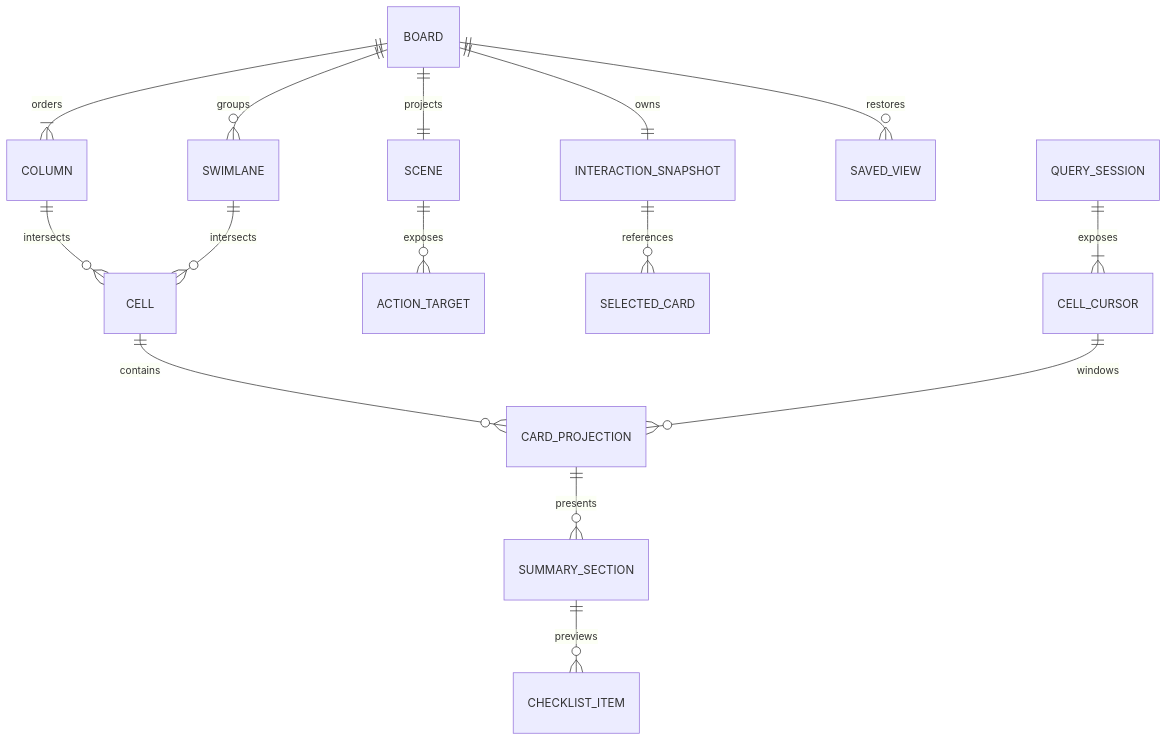
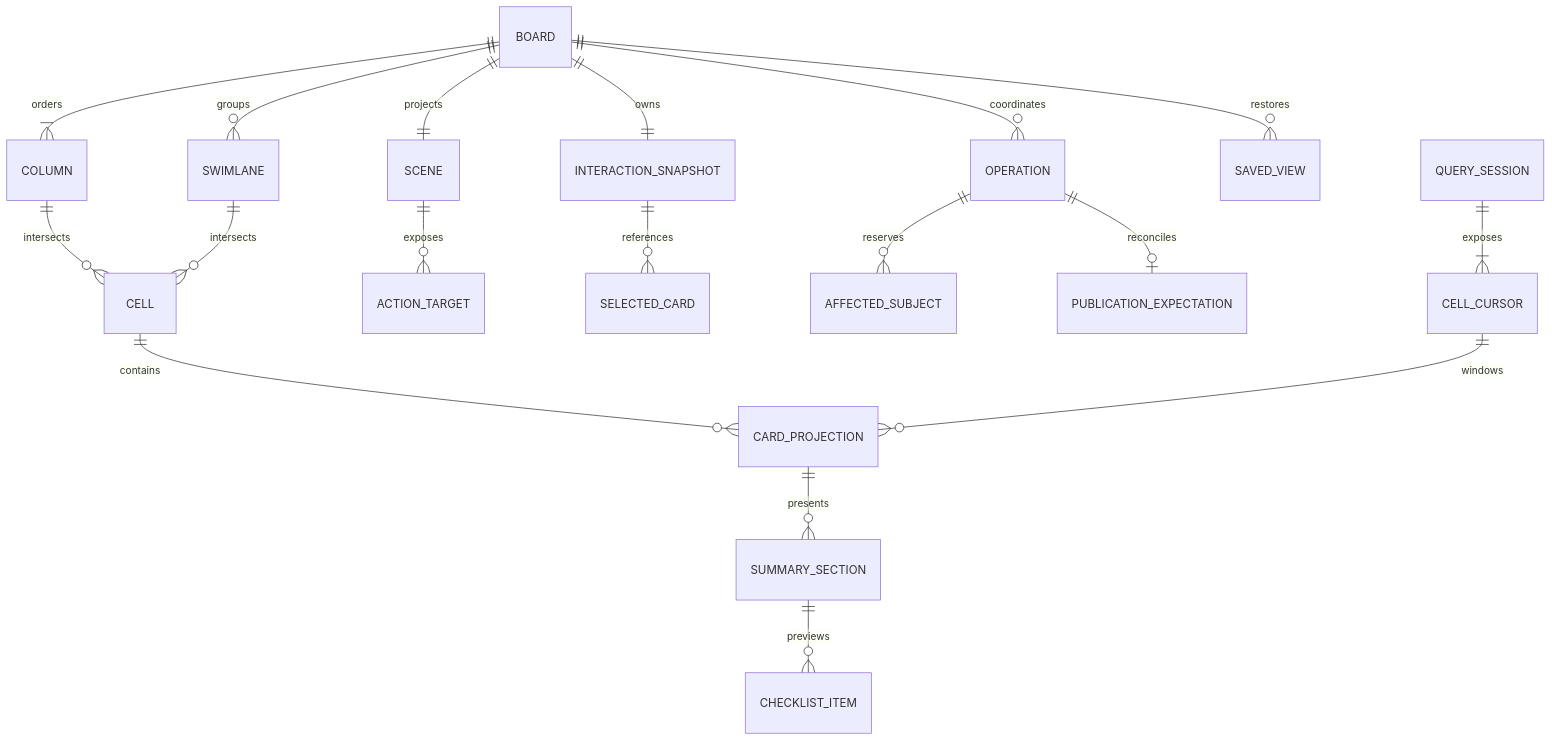
The diagram in docs/architecture/data-model.md (blendsdk/jsvision), drawn with Mermaid before and after one commit. The commit also changed other lines of this file and 82 other files, not shown here.

````diff
--- a/docs/architecture/data-model.md
+++ b/docs/architecture/data-model.md
@@ -8,17 +8,20 @@
 ```mermaid
 erDiagram
     BOARD ||--|{ COLUMN : orders
     BOARD ||--o{ SWIMLANE : groups
     COLUMN ||--o{ CELL : intersects
     SWIMLANE ||--o{ CELL : intersects
     CELL ||--o{ CARD_PROJECTION : contains
     CARD_PROJECTION ||--o{ SUMMARY_SECTION : presents
     SUMMARY_SECTION ||--o{ CHECKLIST_ITEM : previews
     BOARD ||--|| SCENE : projects
     SCENE ||--o{ ACTION_TARGET : exposes
     BOARD ||--|| INTERACTION_SNAPSHOT : owns
     INTERACTION_SNAPSHOT ||--o{ SELECTED_CARD : references
+    BOARD ||--o{ OPERATION : coordinates
+    OPERATION ||--o{ AFFECTED_SUBJECT : reserves
+    OPERATION ||--o| PUBLICATION_EXPECTATION : reconciles
     BOARD ||--o{ SAVED_VIEW : restores
     QUERY_SESSION ||--|{ CELL_CURSOR : exposes
     CELL_CURSOR ||--o{ CARD_PROJECTION : windows
 ```
````
